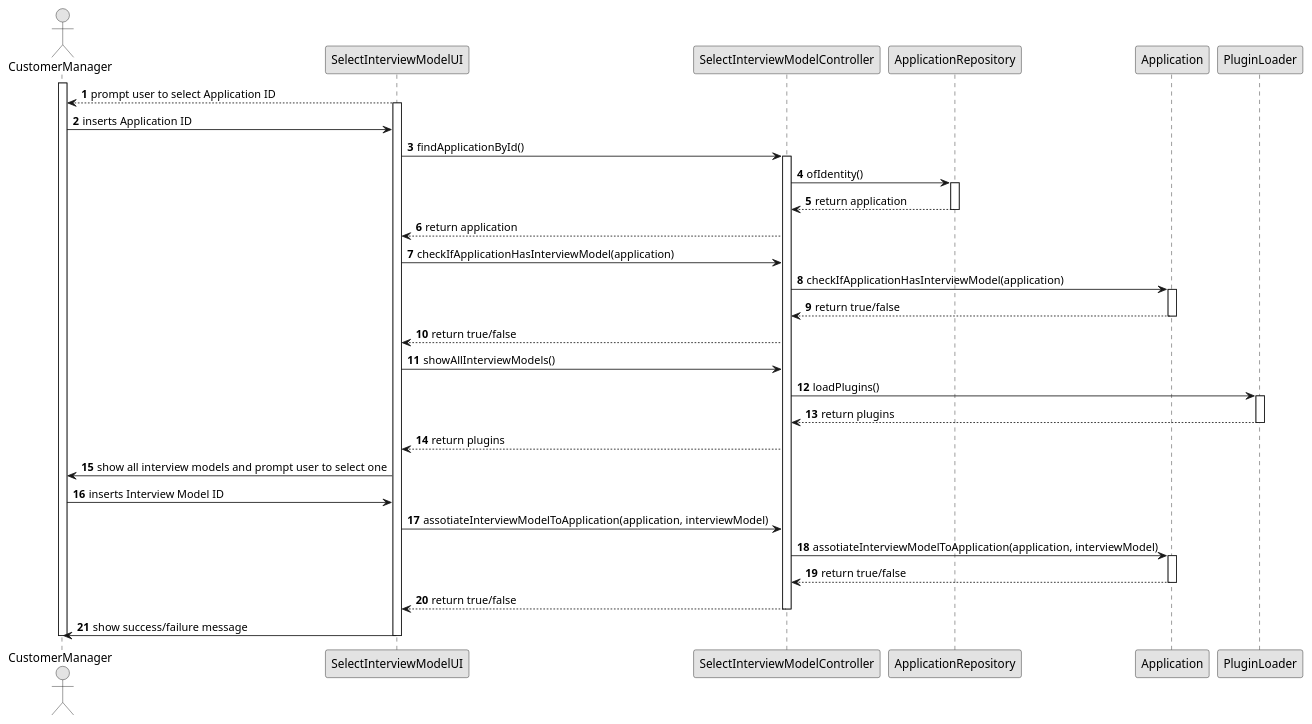
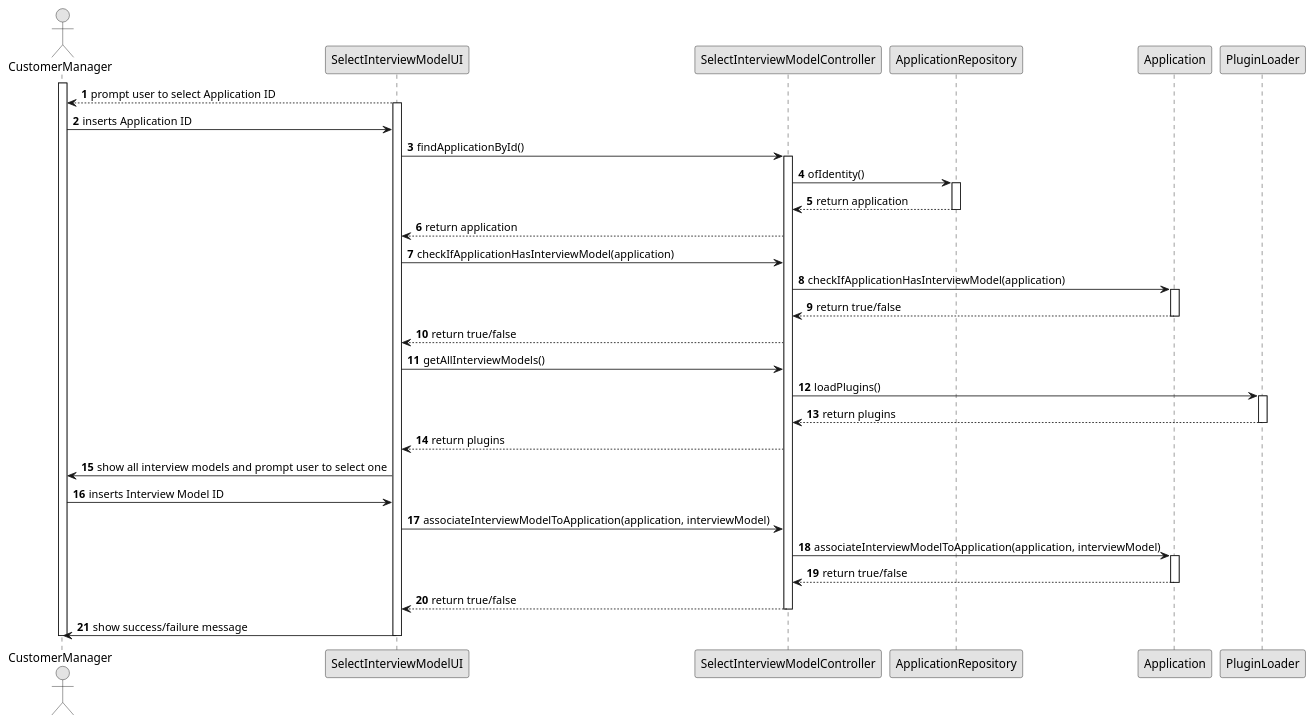
The diagram in docs/Sprint B/us_1011/sequence-diagram.puml (Goncalves2525/Jobs4U-Talent-Acquisition-Management-System), drawn with PlantUML before and after one commit. The commit also changed 12 other files, not shown here.

```diff
--- a/docs/Sprint B/us_1011/sequence-diagram.puml
+++ b/docs/Sprint B/us_1011/sequence-diagram.puml
@@ -1,59 +1,59 @@
 @startuml
 skinparam monochrome true
 skinparam packageStyle rectangle
 skinparam shadowing false
 
 autonumber
 
 'hide footbox
 actor "CustomerManager" as CM
 participant "SelectInterviewModelUI" as UI
 participant "SelectInterviewModelController" as CTRL
 participant "ApplicationRepository" as APPREPO
 participant "Application" as APP
 participant "PluginLoader" as PLUG
 
 
 
 
 
 activate CM
     UI --> CM : prompt user to select Application ID
     activate UI
         CM -> UI : inserts Application ID
         UI -> CTRL : findApplicationById()
         activate CTRL
             CTRL -> APPREPO : ofIdentity()
             activate APPREPO
             APPREPO --> CTRL : return application
             deactivate APPREPO
             CTRL --> UI : return application
             UI -> CTRL : checkIfApplicationHasInterviewModel(application)
             CTRL -> APP : checkIfApplicationHasInterviewModel(application)
             activate APP
                 APP --> CTRL : return true/false
             deactivate APP
             CTRL --> UI : return true/false
-            UI -> CTRL : showAllInterviewModels()
+            UI -> CTRL : getAllInterviewModels()
             CTRL -> PLUG : loadPlugins()
             activate PLUG
                 PLUG --> CTRL : return plugins
             deactivate PLUG
             CTRL --> UI : return plugins
             UI -> CM : show all interview models and prompt user to select one
             CM -> UI : inserts Interview Model ID
-            UI -> CTRL : assotiateInterviewModelToApplication(application, interviewModel)
-            CTRL -> APP : assotiateInterviewModelToApplication(application, interviewModel)
+            UI -> CTRL : associateInterviewModelToApplication(application, interviewModel)
+            CTRL -> APP : associateInterviewModelToApplication(application, interviewModel)
             activate APP
                 APP --> CTRL : return true/false
             deactivate APP
             CTRL --> UI : return true/false
         deactivate CTRL
         UI -> CM : show success/failure message
     deactivate UI
 deactivate CM
 
 
 
 
 @enduml
```
